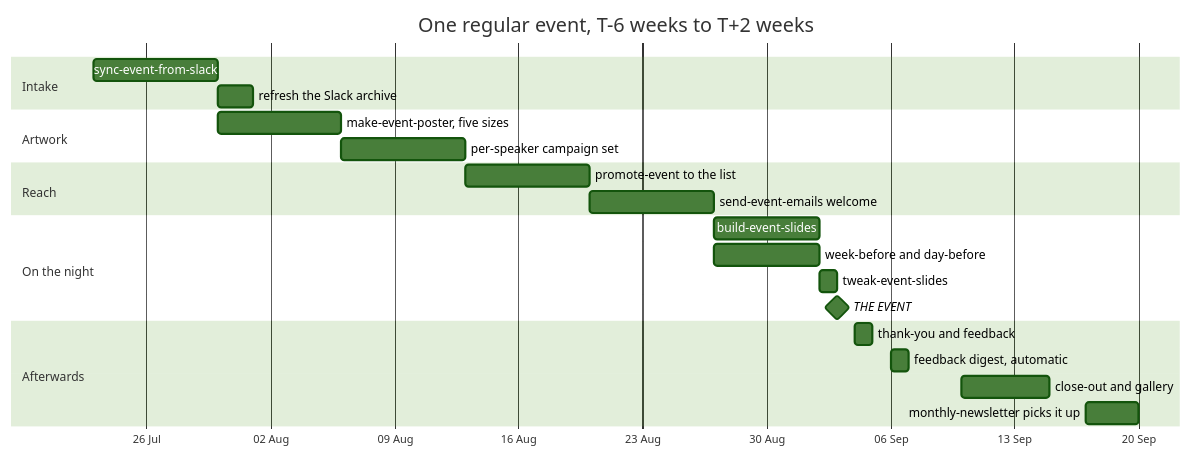
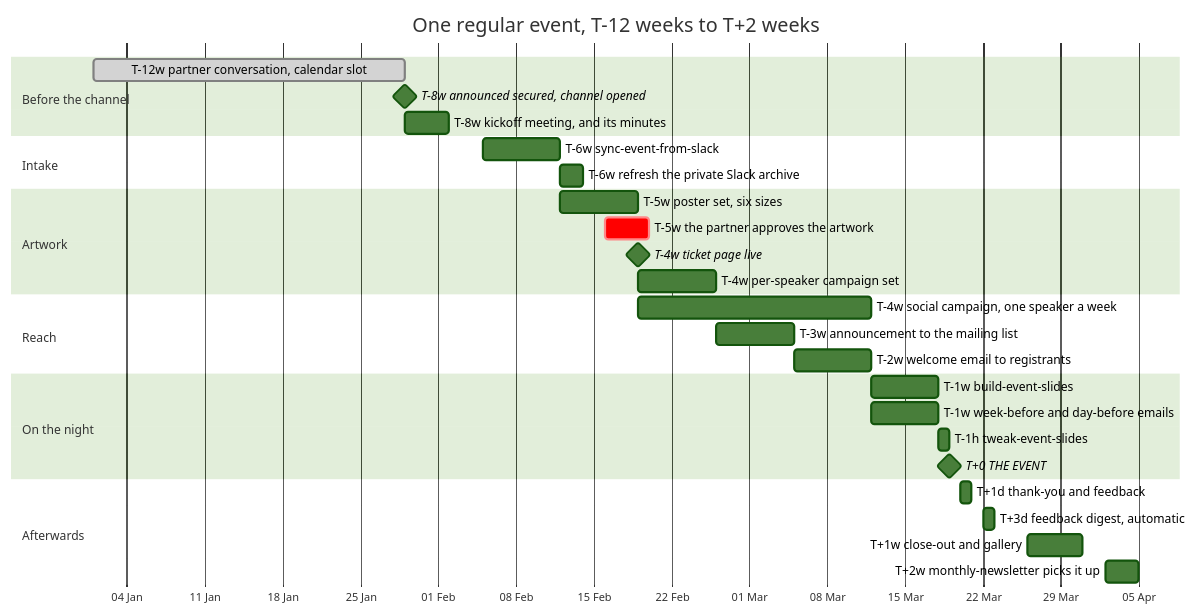
One commit to ChanMeng666/she-sharp changed the fifth of 17 diagrams in docs/development/EVENT_LIFECYCLE_SOP.md. Above: the diagram before and after it, drawn with Mermaid (forest theme). The commit also changed other lines of this file and 14 other files, not shown here.

````diff
--- a/docs/development/EVENT_LIFECYCLE_SOP.md
+++ b/docs/development/EVENT_LIFECYCLE_SOP.md
@@ -66,30 +300,38 @@
 ```mermaid
 gantt
-  title One regular event, T-6 weeks to T+2 weeks
+  title One regular event, T-12 weeks to T+2 weeks
   dateFormat YYYY-MM-DD
   axisFormat %d %b
 
+  section Before the channel
+  T-12w  partner conversation, calendar slot :done, p1, 2026-01-01, 28d
+  T-8w   announced secured, channel opened :milestone, p2, 2026-01-29, 0d
+  T-8w   kickoff meeting, and its minutes  :p3, 2026-01-29, 4d
+
   section Intake
-  sync-event-from-slack          :a1, 2026-07-23, 7d
-  refresh the Slack archive      :a2, 2026-07-30, 2d
+  T-6w   sync-event-from-slack            :a1, 2026-02-05, 7d
+  T-6w   refresh the private Slack archive :a2, 2026-02-12, 2d
 
   section Artwork
-  make-event-poster, five sizes  :b1, 2026-07-30, 7d
-  per-speaker campaign set       :b2, 2026-08-06, 7d
+  T-5w   poster set, six sizes            :b1, 2026-02-12, 7d
+  T-5w   the partner approves the artwork :crit, b2, 2026-02-16, 4d
+  T-4w   ticket page live                 :milestone, b3, 2026-02-19, 0d
+  T-4w   per-speaker campaign set         :b4, 2026-02-19, 7d
 
   section Reach
-  promote-event to the list      :c1, 2026-08-13, 7d
-  send-event-emails welcome      :c2, 2026-08-20, 7d
+  T-4w   social campaign, one speaker a week :c0, 2026-02-19, 21d
+  T-3w   announcement to the mailing list :c1, 2026-02-26, 7d
+  T-2w   welcome email to registrants     :c2, 2026-03-05, 7d
 
   section On the night
-  build-event-slides             :d1, 2026-08-27, 6d
-  week-before and day-before     :d2, 2026-08-27, 6d
-  tweak-event-slides             :d3, 2026-09-02, 1d
-  THE EVENT                      :milestone, m1, 2026-09-03, 0d
+  T-1w   build-event-slides               :d1, 2026-03-12, 6d
+  T-1w   week-before and day-before emails :d2, 2026-03-12, 6d
+  T-1h   tweak-event-slides               :d3, 2026-03-18, 1d
+  T+0    THE EVENT                        :milestone, m1, 2026-03-19, 0d
 
   section Afterwards
-  thank-you and feedback         :e1, 2026-09-04, 1d
-  feedback digest, automatic     :e2, 2026-09-06, 1d
-  close-out and gallery          :e3, 2026-09-10, 5d
-  monthly-newsletter picks it up :e4, 2026-09-17, 3d
+  T+1d   thank-you and feedback           :e1, 2026-03-20, 1d
+  T+3d   feedback digest, automatic       :e2, 2026-03-22, 1d
+  T+1w   close-out and gallery            :e3, 2026-03-26, 5d
+  T+2w   monthly-newsletter picks it up   :e4, 2026-04-02, 3d
 ```
````
